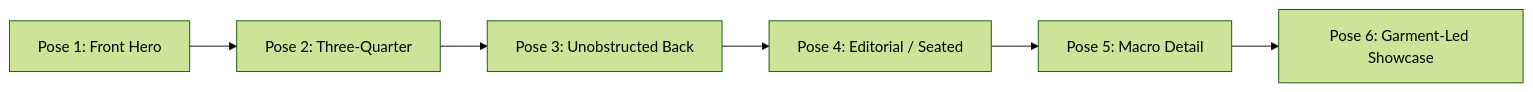
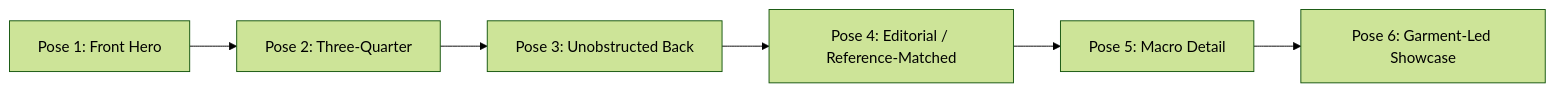
The first of 2 diagrams in youthnic-ai-studio-docs/studio/pose-planning.mdx (pawanshukla500/aistudio-youthnic), drawn with Mermaid (forest theme) before and after one commit. The commit also changed other lines of this file and 74 other files, not shown here.

First line of the commit message:
feat(planning): reference-led Pose 4/6, expression plan, DNA gate and LangGraph planner

````diff
--- a/youthnic-ai-studio-docs/studio/pose-planning.mdx
+++ b/youthnic-ai-studio-docs/studio/pose-planning.mdx
@@ -10,8 +10,8 @@
 ```mermaid
 graph LR
     A[Pose 1: Front Hero] --> B[Pose 2: Three-Quarter]
     B --> C[Pose 3: Unobstructed Back]
-    C --> D[Pose 4: Editorial / Seated]
+    C --> D[Pose 4: Editorial / Reference-Matched]
     D --> E[Pose 5: Macro Detail]
     E --> F[Pose 6: Garment-Led Showcase]
 ```
````
